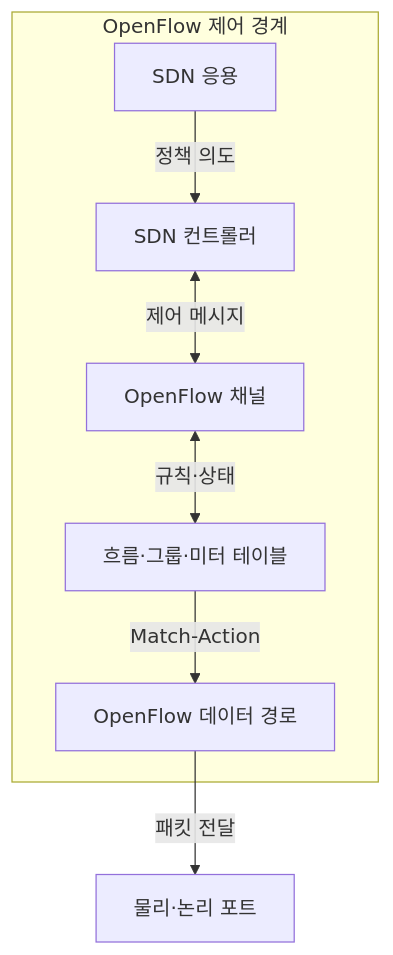
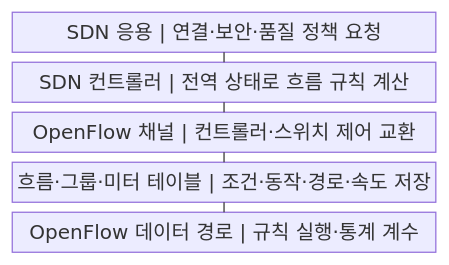
Before and after one commit to agnusdei1207/knowledge-base: the first of 2 diagrams in src/content/docs/notes/04-network/058_sdn_controller_openflow.md, drawn with Mermaid. The commit also changed other lines of this file and 20 other files, not shown here.

````diff
--- a/src/content/docs/notes/04-network/058_sdn_controller_openflow.md
+++ b/src/content/docs/notes/04-network/058_sdn_controller_openflow.md
@@ -54,15 +54,13 @@
 ```mermaid
-flowchart TB
-    subgraph O[OpenFlow 제어 경계]
-        APP[SDN 응용]
-        CTRL[SDN 컨트롤러]
-        CH[OpenFlow 채널]
-        TABLE[흐름·그룹·미터 테이블]
-        DP[OpenFlow 데이터 경로]
-        APP -->|정책 의도| CTRL
-        CTRL <-->|제어 메시지| CH
-        CH <-->|규칙·상태| TABLE
-        TABLE -->|Match-Action| DP
-    end
-    DP -->|패킷 전달| PORT[물리·논리 포트]
+block
+    columns 1
+    A["SDN 응용 | 연결·보안·품질 정책 요청"]
+    B["SDN 컨트롤러 | 전역 상태로 흐름 규칙 계산"]
+    C["OpenFlow 채널 | 컨트롤러·스위치 제어 교환"]
+    D["흐름·그룹·미터 테이블 | 조건·동작·경로·속도 저장"]
+    E["OpenFlow 데이터 경로 | 규칙 실행·통계 계수"]
+    A --- B
+    B --- C
+    C --- D
+    D --- E
 ```
````
